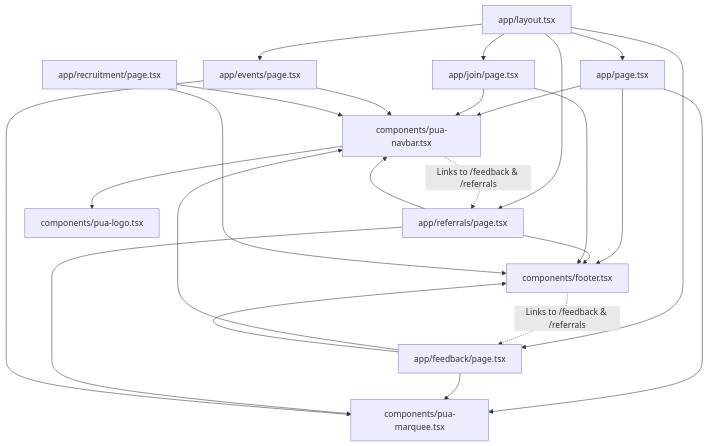
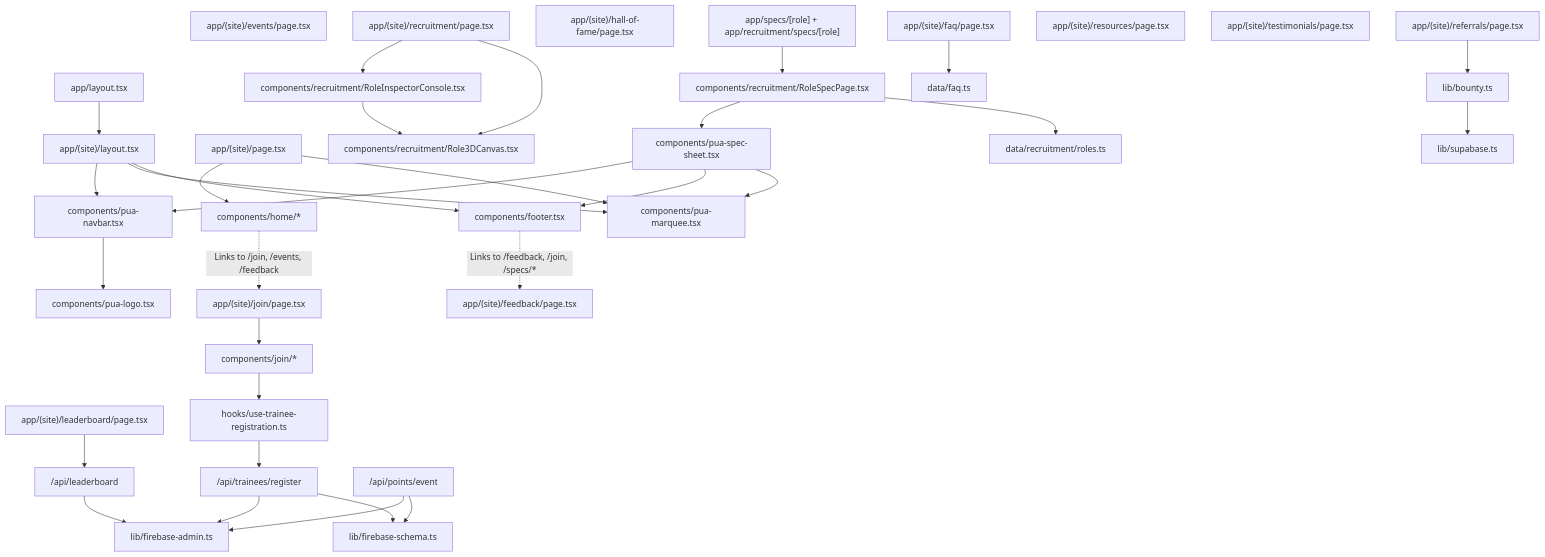
One commit to AhmedNasser-bug/icpcpua changed the diagram in docs/architecture/dependency-graph.md. Above: the diagram before and after it, drawn with Mermaid. The commit also changed other lines of this file and 3 other files, not shown here.

First line of the commit message:
docs: sync architecture notes with current app structure

````diff
--- a/docs/architecture/dependency-graph.md
+++ b/docs/architecture/dependency-graph.md
@@ -7,46 +7,72 @@
 ```mermaid
 graph TD
-  LAYOUT["app/layout.tsx"]
-  PAGE_HOME["app/page.tsx"]
-  PAGE_FEEDBACK["app/feedback/page.tsx"]
-  PAGE_JOIN["app/join/page.tsx"]
-  PAGE_EVENTS["app/events/page.tsx"]
-  PAGE_RECRUIT["app/recruitment/page.tsx"]
-  PAGE_REFERRALS["app/referrals/page.tsx"]
+  ROOT["app/layout.tsx"]
+  SITE_LAYOUT["app/(site)/layout.tsx"]
+
+  PAGE_HOME["app/(site)/page.tsx"]
+  PAGE_EVENTS["app/(site)/events/page.tsx"]
+  PAGE_FAQ["app/(site)/faq/page.tsx"]
+  PAGE_FEEDBACK["app/(site)/feedback/page.tsx"]
+  PAGE_HOF["app/(site)/hall-of-fame/page.tsx"]
+  PAGE_JOIN["app/(site)/join/page.tsx"]
+  PAGE_LEADER["app/(site)/leaderboard/page.tsx"]
+  PAGE_RECRUIT["app/(site)/recruitment/page.tsx"]
+  PAGE_REFERRALS["app/(site)/referrals/page.tsx"]
+  PAGE_RESOURCES["app/(site)/resources/page.tsx"]
+  PAGE_TESTIMONIALS["app/(site)/testimonials/page.tsx"]
+  PAGE_SPECS["app/specs/[role] + app/recruitment/specs/[role]"]
 
   NAV["components/pua-navbar.tsx"]
   FOOTER["components/footer.tsx"]
   LOGO["components/pua-logo.tsx"]
   MARQUEE["components/pua-marquee.tsx"]
+  SPEC["components/pua-spec-sheet.tsx"]
+  ROLE_PAGE["components/recruitment/RoleSpecPage.tsx"]
+  CONSOLE["components/recruitment/RoleInspectorConsole.tsx"]
+  CANVAS["components/recruitment/Role3DCanvas.tsx"]
 
-  LAYOUT --> PAGE_HOME
-  LAYOUT --> PAGE_FEEDBACK
-  LAYOUT --> PAGE_JOIN
-  LAYOUT --> PAGE_EVENTS
-  LAYOUT --> PAGE_REFERRALS
+  HOME_SECTIONS["components/home/*"]
+  JOIN_SECTIONS["components/join/*"]
+  REG_HOOK["hooks/use-trainee-registration.ts"]
+  BOUNTY["lib/bounty.ts"]
+  SUPABASE["lib/supabase.ts"]
+  FAQ_DATA["data/faq.ts"]
+  ROLE_DATA["data/recruitment/roles.ts"]
+  FIREBASE_ADMIN["lib/firebase-admin.ts"]
+  FIREBASE_SCHEMA["lib/firebase-schema.ts"]
 
-  PAGE_HOME --> NAV
-  PAGE_HOME --> FOOTER
+  ROOT --> SITE_LAYOUT
+  SITE_LAYOUT --> NAV
+  SITE_LAYOUT --> MARQUEE
+  SITE_LAYOUT --> FOOTER
+  NAV --> LOGO
+
+  PAGE_HOME --> HOME_SECTIONS
   PAGE_HOME --> MARQUEE
+  PAGE_JOIN --> JOIN_SECTIONS
+  PAGE_RECRUIT --> CONSOLE
+  PAGE_RECRUIT --> CANVAS
+  CONSOLE --> CANVAS
+  PAGE_FAQ --> FAQ_DATA
+  PAGE_REFERRALS --> BOUNTY
+  BOUNTY --> SUPABASE
+  PAGE_LEADER --> API_LEADER["/api/leaderboard"]
 
-  PAGE_FEEDBACK --> NAV
-  PAGE_FEEDBACK --> FOOTER
-  PAGE_FEEDBACK --> MARQUEE
+  PAGE_SPECS --> ROLE_PAGE
+  ROLE_PAGE --> SPEC
+  ROLE_PAGE --> ROLE_DATA
+  SPEC --> NAV
+  SPEC --> FOOTER
+  SPEC --> MARQUEE
 
-  PAGE_REFERRALS --> NAV
-  PAGE_REFERRALS --> FOOTER
-  PAGE_REFERRALS --> MARQUEE
+  JOIN_SECTIONS --> REG_HOOK
+  REG_HOOK --> API_REGISTER["/api/trainees/register"]
+  API_REGISTER --> FIREBASE_ADMIN
+  API_REGISTER --> FIREBASE_SCHEMA
+  API_LEADER --> FIREBASE_ADMIN
+  API_POINTS["/api/points/event"] --> FIREBASE_ADMIN
+  API_POINTS --> FIREBASE_SCHEMA
 
-  PAGE_JOIN --> NAV
-  PAGE_JOIN --> FOOTER
-
-  PAGE_EVENTS --> NAV
-  PAGE_EVENTS --> MARQUEE
-
-  PAGE_RECRUIT --> NAV
-  PAGE_RECRUIT --> FOOTER
-
-  NAV --> LOGO
-  FOOTER -.->|"Links to /feedback & /referrals"| PAGE_FEEDBACK
-  NAV -.->|"Links to /feedback & /referrals"| PAGE_REFERRALS
+  HOME_SECTIONS -.->|"Links to /join, /events, /feedback"| PAGE_JOIN
+  FOOTER -.->|"Links to /feedback, /join, /specs/*"| PAGE_FEEDBACK
 ```
````
